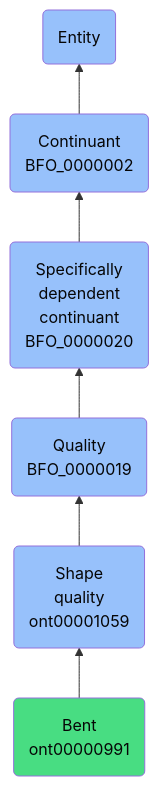
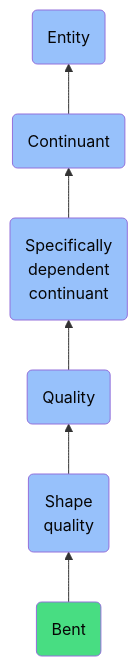
Before and after one commit to jupyter-naas/abi: the diagram in docs/ontology/reference/model/Entity/Continuant/Specifically dependent continuant/Quality/Shape quality/Bent/Bent.md, drawn with Mermaid. The commit also changed other lines of this file and 1430 other files, not shown here.

````diff
--- a/docs/ontology/reference/model/Entity/Continuant/Specifically dependent continuant/Quality/Shape quality/Bent/Bent.md
+++ b/docs/ontology/reference/model/Entity/Continuant/Specifically dependent continuant/Quality/Shape quality/Bent/Bent.md
@@ -25,13 +25,13 @@
 ```mermaid
 graph BT
-    ont00000991(Bent<br>ont00000991):::ABI-->ont00001059
-    ont00001059(Shape<br>quality<br>ont00001059):::BFO-->BFO_0000019
-    BFO_0000019(Quality<br>BFO_0000019):::BFO-->BFO_0000020
-    BFO_0000020(Specifically<br>dependent<br>continuant<br>BFO_0000020):::BFO-->BFO_0000002
-    BFO_0000002(Continuant<br>BFO_0000002):::BFO-->BFO_0000001
+    ont00000991(Bent):::ABI-->ont00001059
+    ont00001059(Shape<br>quality):::BFO-->BFO_0000019
+    BFO_0000019(Quality):::BFO-->BFO_0000020
+    BFO_0000020(Specifically<br>dependent<br>continuant):::BFO-->BFO_0000002
+    BFO_0000002(Continuant):::BFO-->BFO_0000001
     BFO_0000001(Entity):::BFO
     
     classDef BFO fill:#97c1fb,color:#060606
     classDef CCO fill:#e4c51e,color:#060606
     classDef ABI fill:#48DD82,color:#060606
 ```
````
